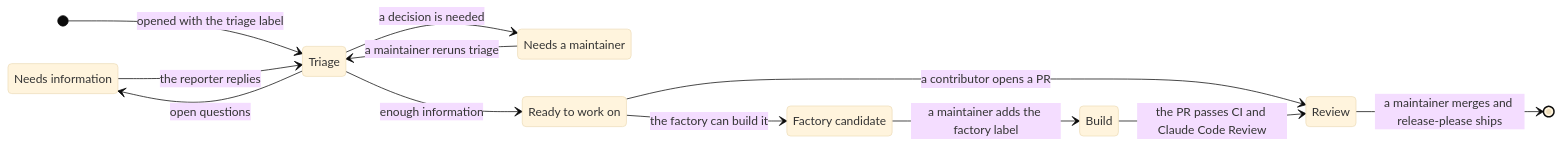
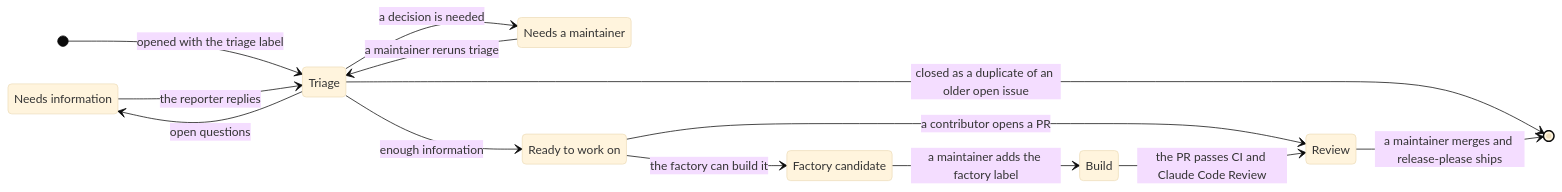
Before and after one commit to Arize-ai/openinference: the first of 5 diagrams in factory/README.md, drawn with Mermaid (base theme). The commit also changed other lines of this file and 7 other files, not shown here.

First line of the commit message:
fix(factory): close duplicate issues and harden the triage lane

````diff
--- a/factory/README.md
+++ b/factory/README.md
@@ -11,19 +11,20 @@
 ```mermaid
 stateDiagram-v2
   direction LR
   state "Needs information" as NeedsInformation
   state "Needs a maintainer" as NeedsMaintainer
   state "Ready to work on" as Ready
   state "Factory candidate" as Candidate
   [*] --> Triage: opened with the triage label
   Triage --> NeedsInformation: open questions
   NeedsInformation --> Triage: the reporter replies
   Triage --> NeedsMaintainer: a decision is needed
+  Triage --> [*]: closed as a duplicate of an older open issue
   NeedsMaintainer --> Triage: a maintainer reruns triage
   Triage --> Ready: enough information
   Ready --> Candidate: the factory can build it
   Candidate --> Build: a maintainer adds the factory label
   Ready --> Review: a contributor opens a PR
   Build --> Review: the PR passes CI and Claude Code Review
   Review --> [*]: a maintainer merges and release-please ships
 ```
````
